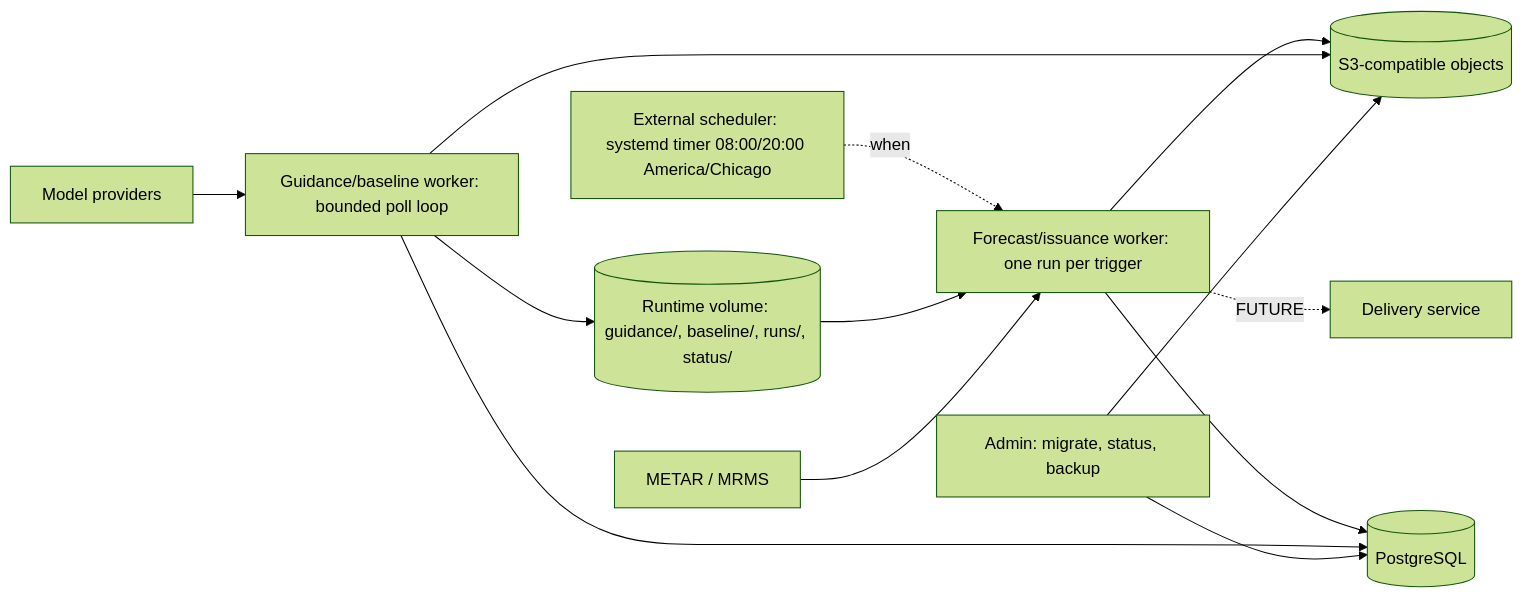
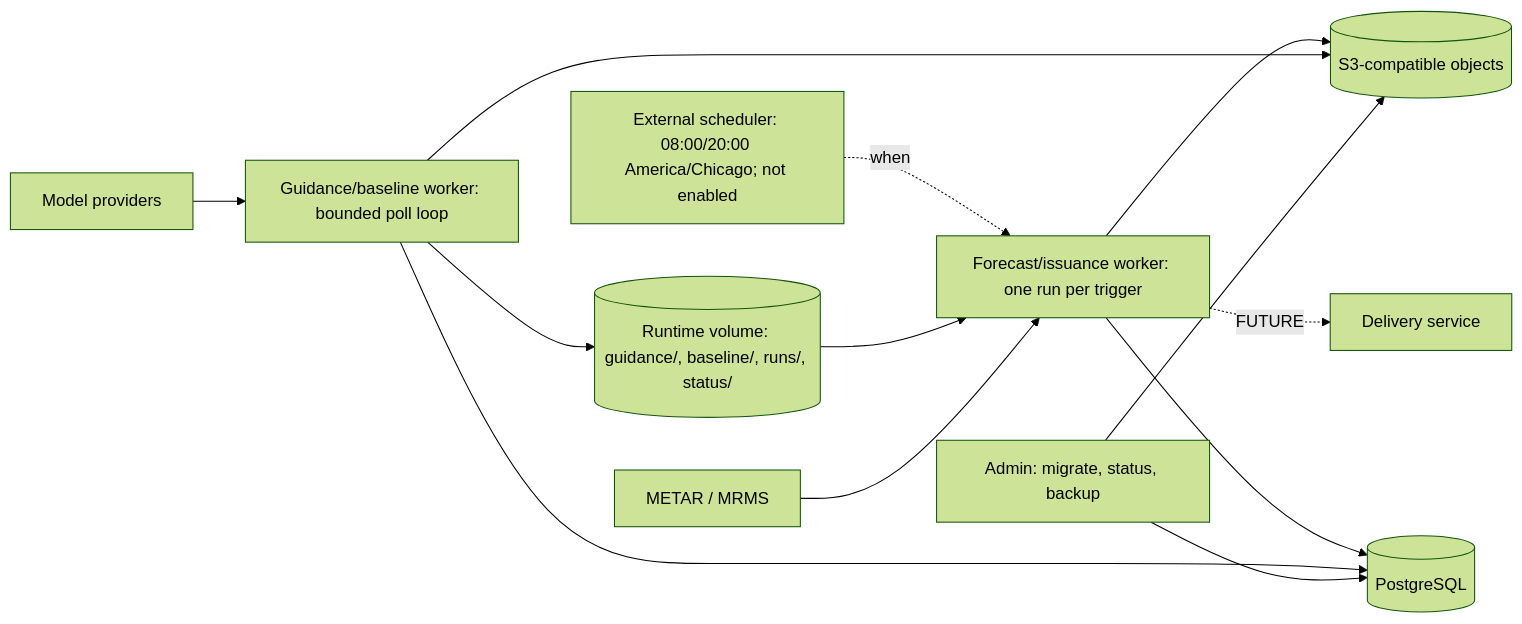
One commit to Tony-Ingle/mesoforge changed the third of 3 diagrams in ARCHITECTURE.md. Above: the diagram before and after it, drawn with Mermaid (forest theme). The commit also changed other lines of this file and 5 other files, not shown here.

````diff
--- a/ARCHITECTURE.md
+++ b/ARCHITECTURE.md
@@ -1233,15 +1234,15 @@
 ```mermaid
 flowchart LR
-    X[External scheduler: systemd timer 08:00/20:00 America/Chicago] -. when .-> F
+    X[External scheduler: 08:00/20:00 America/Chicago; not enabled] -. when .-> F
     P[Model providers] --> G[Guidance/baseline worker: bounded poll loop]
     G --> R[(Runtime volume: guidance/, baseline/, runs/, status/)]
     R --> F[Forecast/issuance worker: one run per trigger]
     O[METAR / MRMS] --> F
     F --> DB[(PostgreSQL)]
     F --> S3[(S3-compatible objects)]
     G --> DB
     G --> S3
     A[Admin: migrate, status, backup] --> DB
     A --> S3
     F -. FUTURE .-> D[Delivery service]
 ```
````
